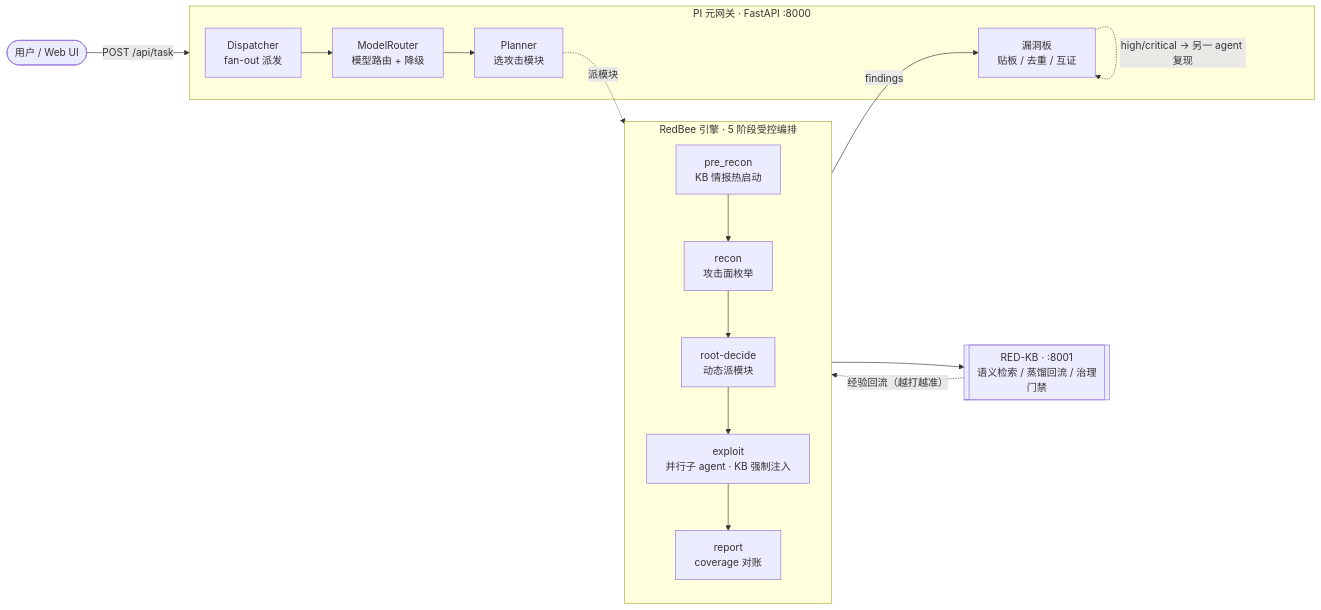
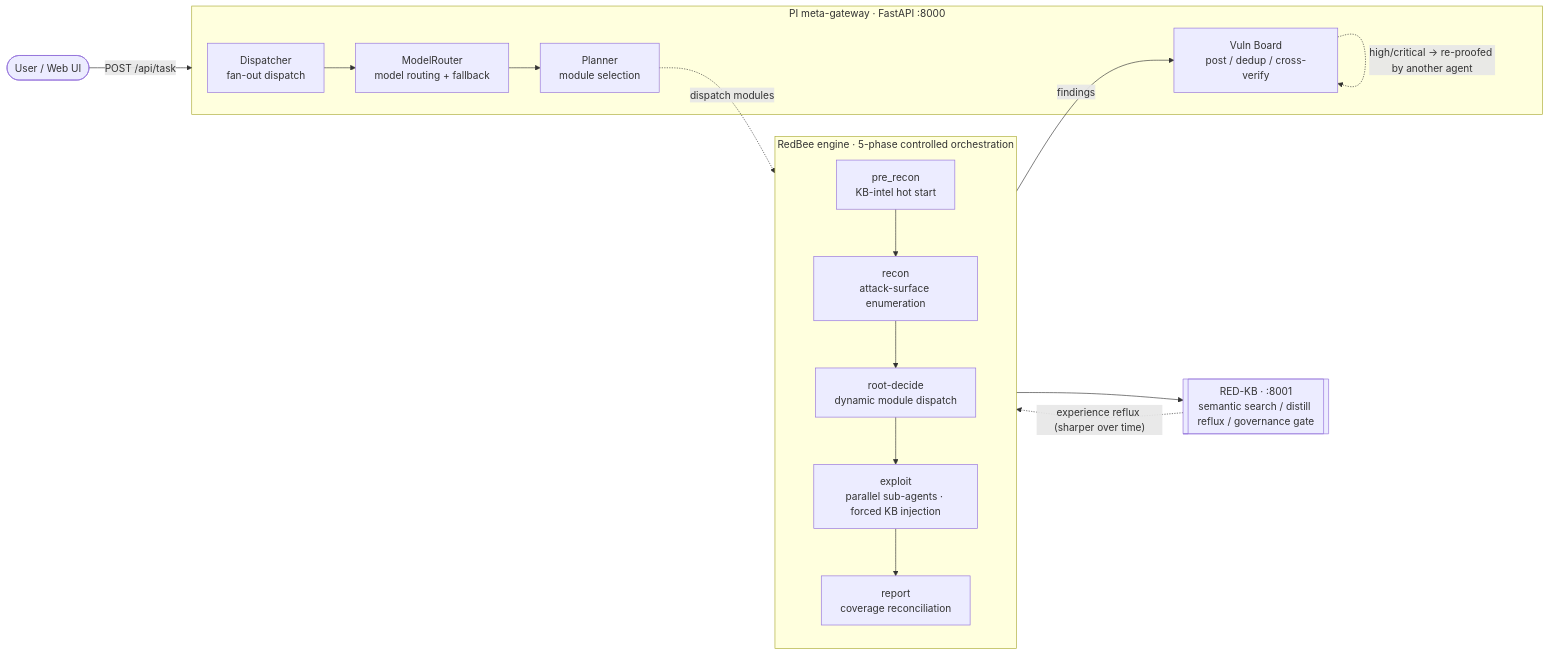
The diagram in README.md (zxq092/RedBee), drawn with Mermaid before and after one commit. The commit also changed other lines of this file and 1 other file, not shown here.

````diff
--- a/README.md
+++ b/README.md
@@ -12,28 +14,28 @@
 ```mermaid
 flowchart LR
-    U(["用户 / Web UI"]) -->|"POST /api/task"| PI
+    U(["User / Web UI"]) -->|"POST /api/task"| PI
 
-    subgraph PI["PI 元网关 · FastAPI :8000"]
-        DISP["Dispatcher<br/>fan-out 派发"]
-        ROUT["ModelRouter<br/>模型路由 + 降级"]
-        PLAN["Planner<br/>选攻击模块"]
-        BOARD["漏洞板<br/>贴板 / 去重 / 互证"]
+    subgraph PI["PI meta-gateway · FastAPI :8000"]
+        DISP["Dispatcher<br/>fan-out dispatch"]
+        ROUT["ModelRouter<br/>model routing + fallback"]
+        PLAN["Planner<br/>module selection"]
+        BOARD["Vuln Board<br/>post / dedup / cross-verify"]
         DISP --> ROUT --> PLAN
     end
 
-    subgraph RB["RedBee 引擎 · 5 阶段受控编排"]
+    subgraph RB["RedBee engine · 5-phase controlled orchestration"]
         direction TB
-        S1["pre_recon<br/>KB 情报热启动"] --> S2["recon<br/>攻击面枚举"]
-        S2 --> S3["root-decide<br/>动态派模块"]
-        S3 --> S4["exploit<br/>并行子 agent · KB 强制注入"]
-        S4 --> S5["report<br/>coverage 对账"]
+        S1["pre_recon<br/>KB-intel hot start"] --> S2["recon<br/>attack-surface enumeration"]
+        S2 --> S3["root-decide<br/>dynamic module dispatch"]
+        S3 --> S4["exploit<br/>parallel sub-agents · forced KB injection"]
+        S4 --> S5["report<br/>coverage reconciliation"]
     end
 
-    KB[["RED-KB · :8001<br/>语义检索 / 蒸馏回流 / 治理门禁"]]
+    KB[["RED-KB · :8001<br/>semantic search / distill reflux / governance gate"]]
 
-    PLAN -. 派模块 .-> RB
+    PLAN -. dispatch modules .-> RB
     RB -->|findings| BOARD
-    BOARD -. "high/critical → 另一 agent 复现" .-> BOARD
+    BOARD -. "high/critical → re-proofed by another agent" .-> BOARD
     RB --> KB
-    KB -. "经验回流（越打越准）" .-> S1
+    KB -. "experience reflux (sharper over time)" .-> S1
 ```
````
